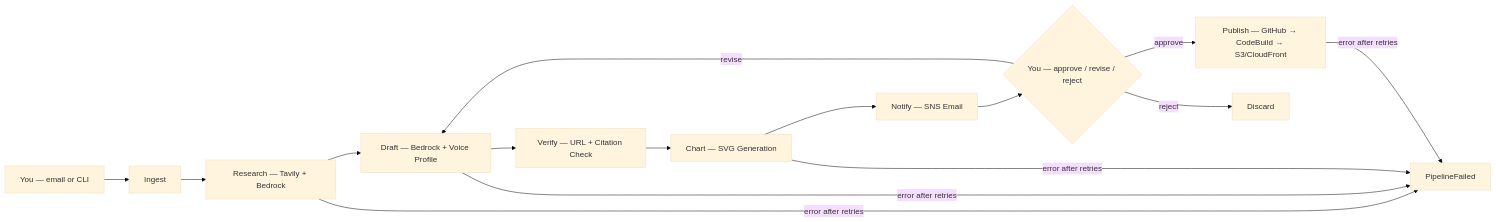
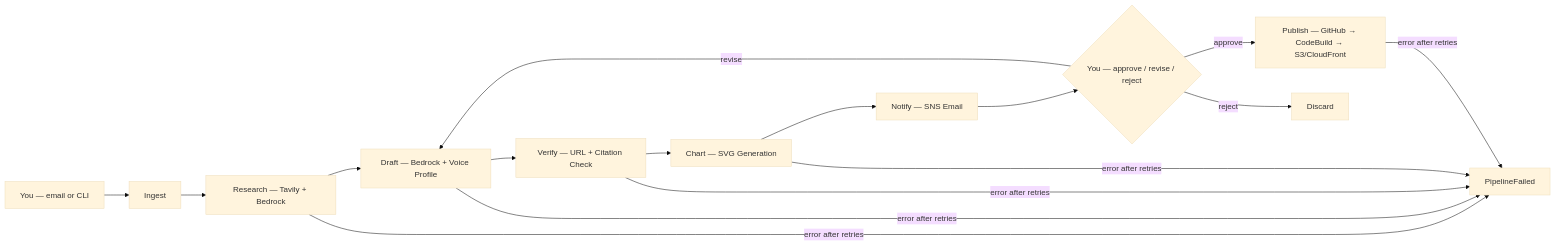
The diagram in agent/README.md (kzaky/khaledzaky.com), drawn with Mermaid (base theme) before and after one commit. The commit also changed other lines of this file and 1 other file, not shown here.

````diff
--- a/agent/README.md
+++ b/agent/README.md
@@ -15,17 +15,18 @@
 ```mermaid
 flowchart LR
     A[You — email or CLI] --> B[Ingest]
     B --> C[Research — Tavily + Bedrock]
     C --> D[Draft — Bedrock + Voice Profile]
     D --> V[Verify — URL + Citation Check]
     V --> E[Chart — SVG Generation]
     E --> F[Notify — SNS Email]
     F --> G{You — approve / revise / reject}
     G -->|approve| H[Publish — GitHub → CodeBuild → S3/CloudFront]
     G -->|revise| D
     G -->|reject| I[Discard]
     C -->|error after retries| J[PipelineFailed]
     D -->|error after retries| J
+    V -->|error after retries| J
     E -->|error after retries| J
     H -->|error after retries| J
 ```
````
